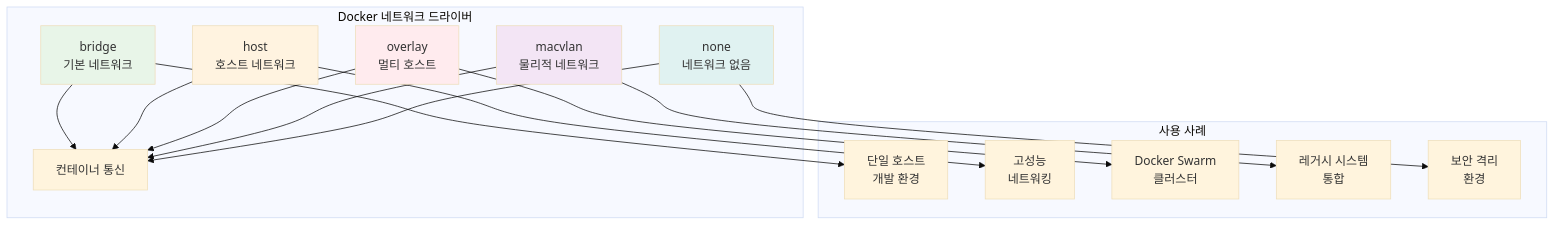
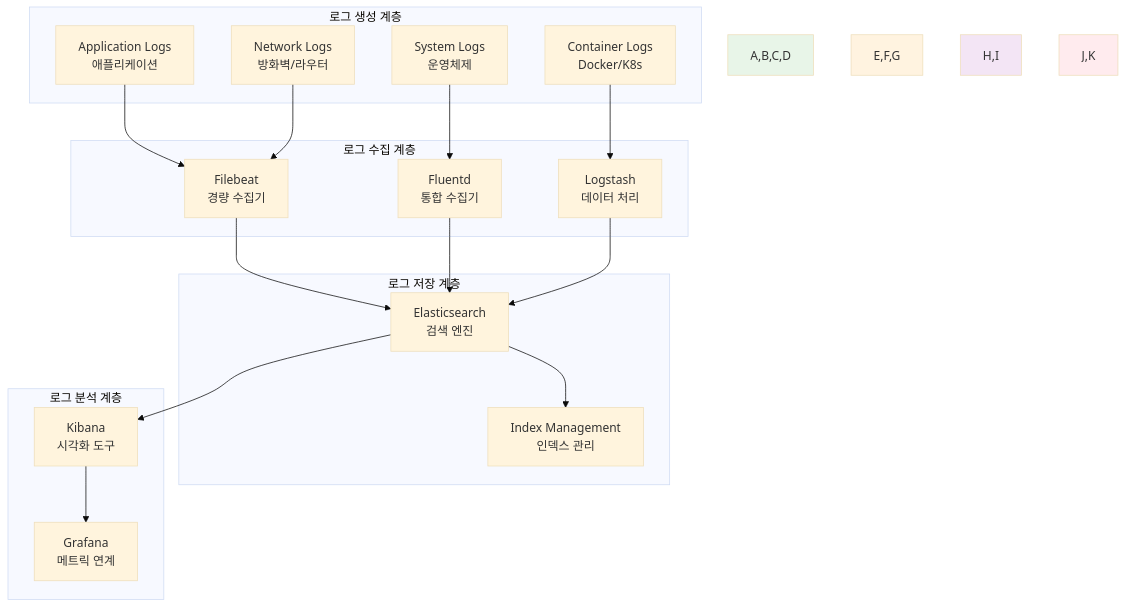
The second of 4 diagrams in theory/week_02/day3/session_2.md (niceguy61/kdt_devops_lecture_2025), drawn with Mermaid (base theme) before and after one commit. The commit also changed other lines of this file and 70 other files, not shown here.

````diff
--- a/theory/week_02/day3/session_2.md
+++ b/theory/week_02/day3/session_2.md
@@ -44,30 +53,41 @@
 ```mermaid
 graph TB
-    subgraph "Docker 네트워크 드라이버"
-        A[bridge<br/>기본 네트워크] --> F[컨테이너 통신]
-        B[host<br/>호스트 네트워크] --> F
-        C[overlay<br/>멀티 호스트] --> F
-        D[macvlan<br/>물리적 네트워크] --> F
-        E[none<br/>네트워크 없음] --> F
+    subgraph "로그 생성 계층"
+        A[Application Logs<br/>애플리케이션]
+        B[System Logs<br/>운영체제]
+        C[Container Logs<br/>Docker/K8s]
+        D[Network Logs<br/>방화벽/라우터]
     end
     
-    subgraph "사용 사례"
-        G[단일 호스트<br/>개발 환경]
-        H[고성능<br/>네트워킹]
-        I[Docker Swarm<br/>클러스터]
-        J[레거시 시스템<br/>통합]
-        K[보안 격리<br/>환경]
+    subgraph "로그 수집 계층"
+        E[Filebeat<br/>경량 수집기]
+        F[Fluentd<br/>통합 수집기]
+        G[Logstash<br/>데이터 처리]
     end
     
-    A --> G
-    B --> H
-    C --> I
-    D --> J
-    E --> K
+    subgraph "로그 저장 계층"
+        H[Elasticsearch<br/>검색 엔진]
+        I[Index Management<br/>인덱스 관리]
+    end
     
-    style A fill:#e8f5e8
-    style B fill:#fff3e0
-    style C fill:#ffebee
-    style D fill:#f3e5f5
-    style E fill:#e0f2f1
+    subgraph "로그 분석 계층"
+        J[Kibana<br/>시각화 도구]
+        K[Grafana<br/>메트릭 연계]
+    end
+    
+    A --> E
+    B --> F
+    C --> G
+    D --> E
+    E --> H
+    F --> H
+    G --> H
+    H --> I
+    H --> J
+    J --> K
+    
+    style A,B,C,D fill:#e8f5e8
+    style E,F,G fill:#fff3e0
+    style H,I fill:#f3e5f5
+    style J,K fill:#ffebee
 ```
````
